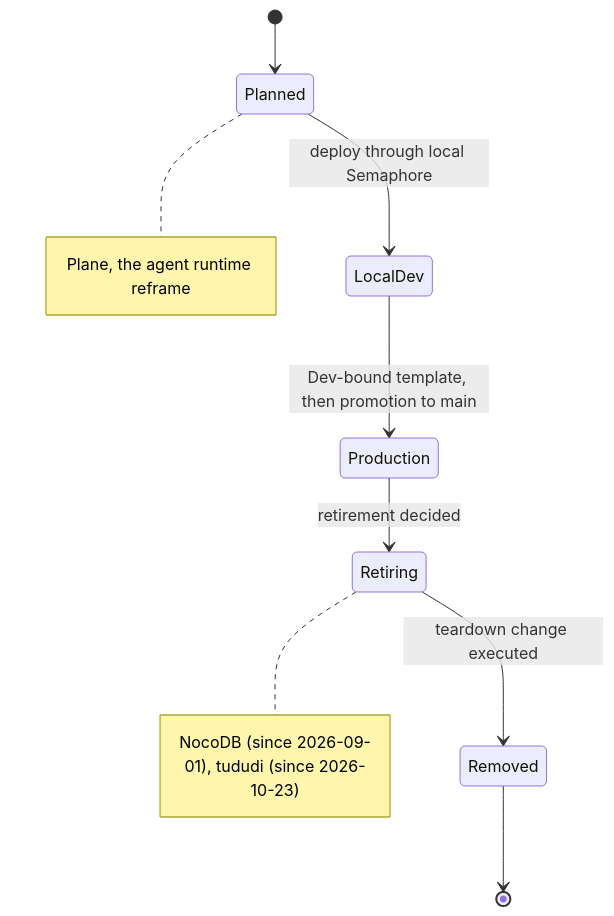
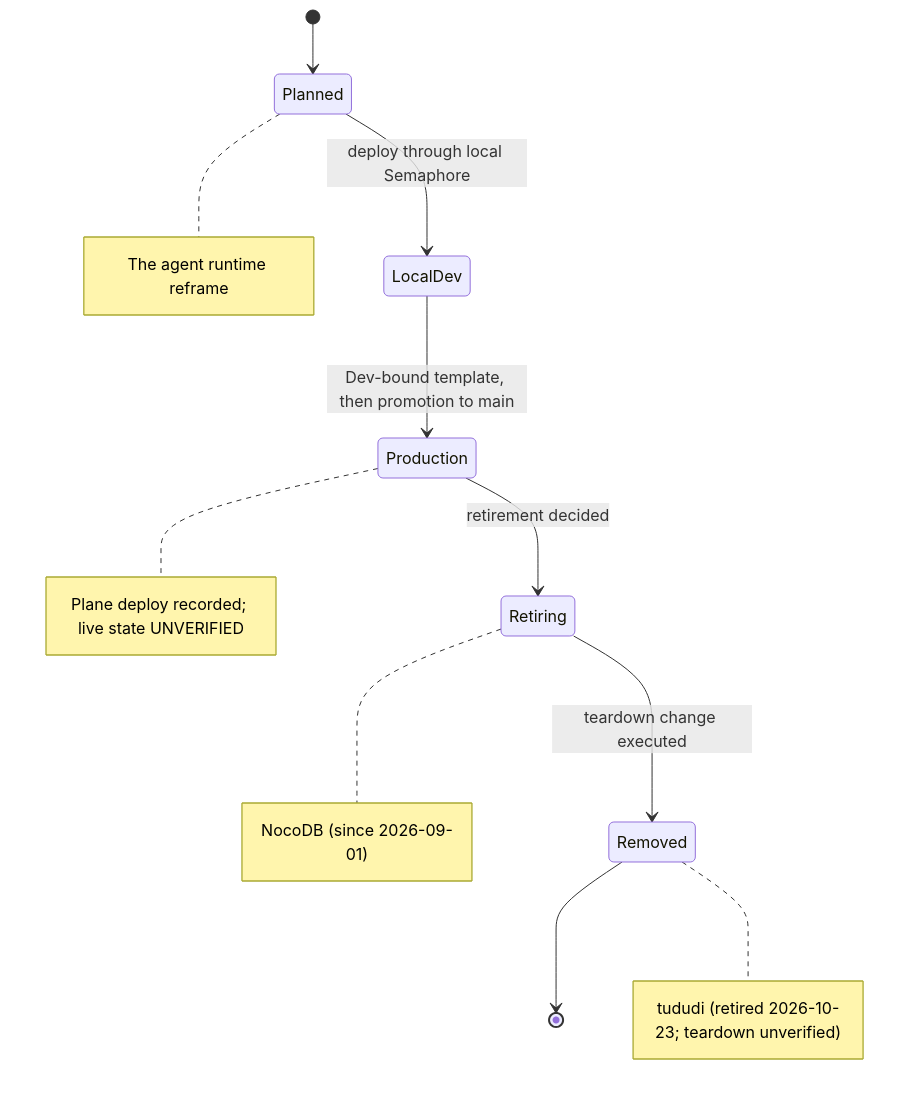
The ninth of 10 diagrams in plan/architecture/service-architecture.md (uhstray-io/agent-cloud), drawn with Mermaid before and after one commit. The commit also changed other lines of this file, not shown here.

Commit message:
docs: correct service architecture status map

````diff
--- a/plan/architecture/service-architecture.md
+++ b/plan/architecture/service-architecture.md
@@ -459,15 +465,21 @@
 ```mermaid
 stateDiagram-v2
     [*] --> Planned
     Planned --> LocalDev: deploy through local Semaphore
     LocalDev --> Production: Dev-bound template, then promotion to main
     Production --> Retiring: retirement decided
     Retiring --> Removed: teardown change executed
     Removed --> [*]
     note right of Planned
-        Plane, the agent runtime reframe
+        The agent runtime reframe
+    end note
+    note right of Production
+        Plane deploy recorded; live state UNVERIFIED
     end note
     note right of Retiring
-        NocoDB (since 2026-09-01), tududi (since 2026-10-23)
+        NocoDB (since 2026-09-01)
+    end note
+    note right of Removed
+        tududi (retired 2026-10-23; teardown unverified)
     end note
 ```
````
